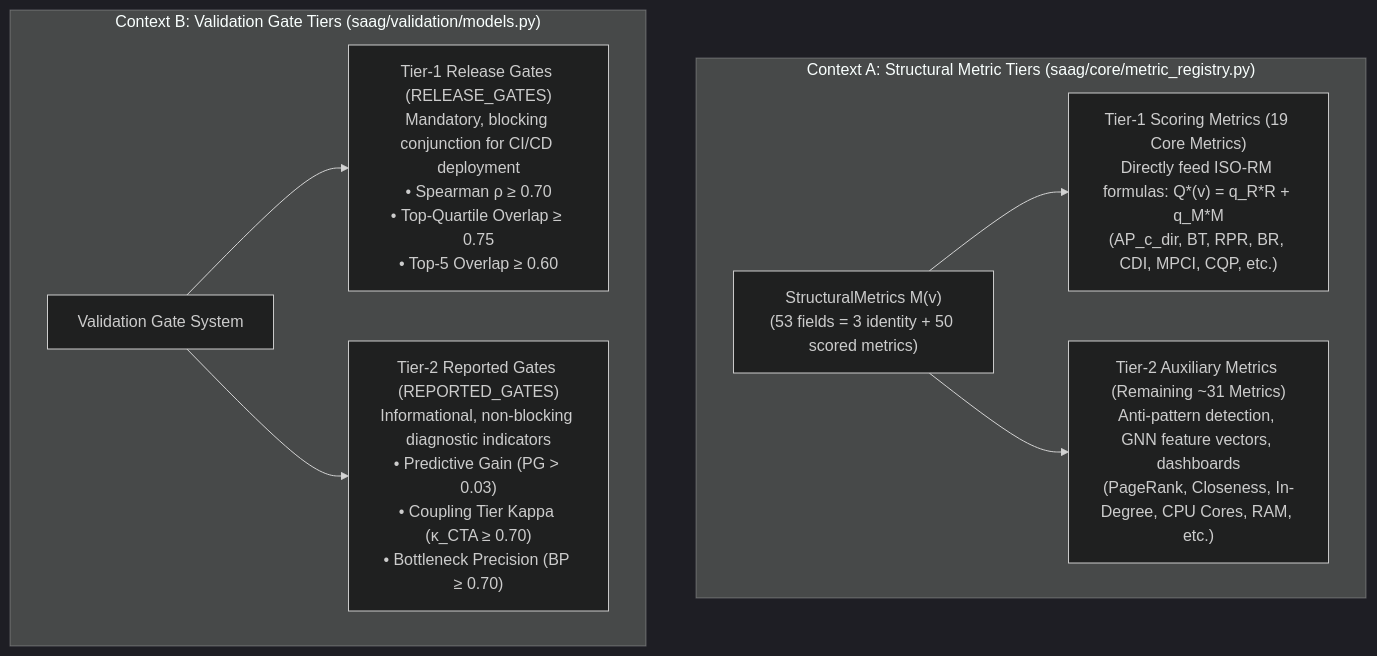
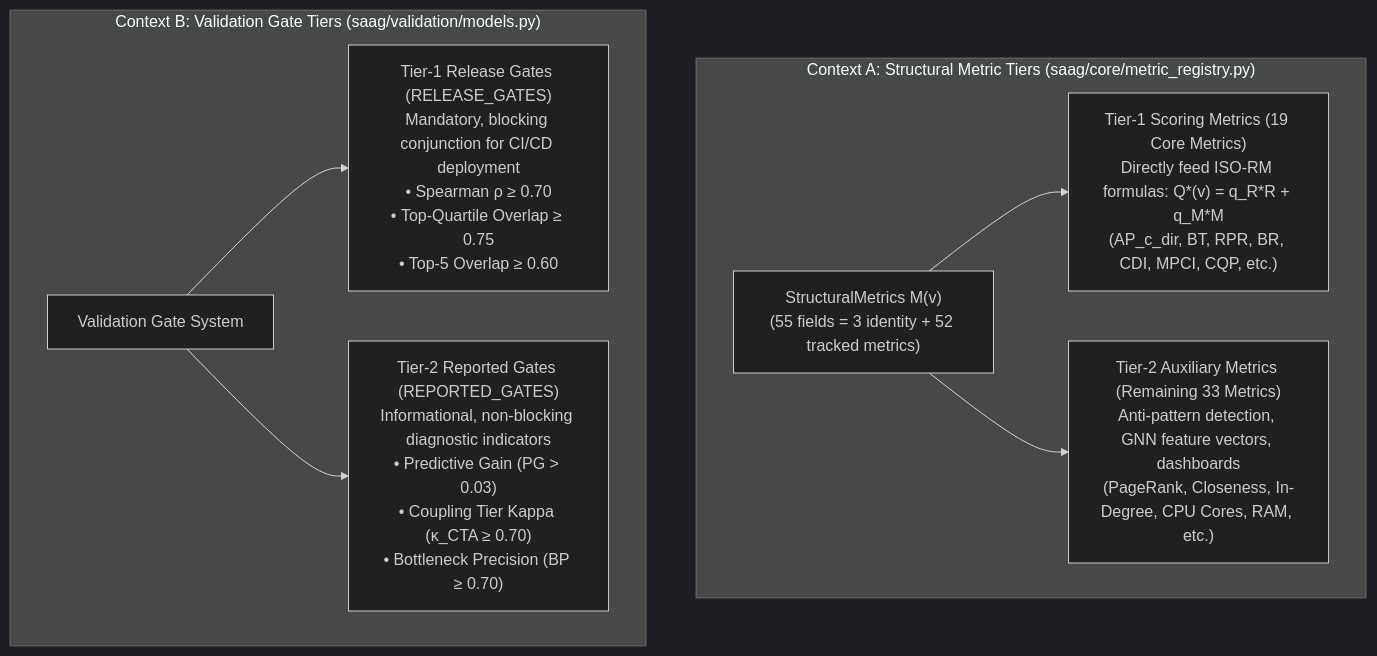
One commit to onuralpyigit/software-as-a-graph changed the first of 4 diagrams in docs/validation.md. Above: the diagram before and after it, drawn with Mermaid (dark theme). The commit also changed other lines of this file and 7 other files, not shown here.

````diff
--- a/docs/validation.md
+++ b/docs/validation.md
@@ -142,14 +142,14 @@
 ```mermaid
 graph TD
     subgraph ContextA["Context A: Structural Metric Tiers (saag/core/metric_registry.py)"]
-        M_ALL["StructuralMetrics M(v)<br>(53 fields = 3 identity + 50 scored metrics)"]
+        M_ALL["StructuralMetrics M(v)<br>(55 fields = 3 identity + 52 tracked metrics)"]
         M_ALL --> T1_M["Tier-1 Scoring Metrics (19 Core Metrics)<br>Directly feed ISO-RM formulas: Q*(v) = q_R*R + q_M*M<br>(AP_c_dir, BT, RPR, BR, CDI, MPCI, CQP, etc.)"]
-        M_ALL --> T2_M["Tier-2 Auxiliary Metrics (Remaining ~31 Metrics)<br>Anti-pattern detection, GNN feature vectors, dashboards<br>(PageRank, Closeness, In-Degree, CPU Cores, RAM, etc.)"]
+        M_ALL --> T2_M["Tier-2 Auxiliary Metrics (Remaining 33 Metrics)<br>Anti-pattern detection, GNN feature vectors, dashboards<br>(PageRank, Closeness, In-Degree, CPU Cores, RAM, etc.)"]
     end
 
     subgraph ContextB["Context B: Validation Gate Tiers (saag/validation/models.py)"]
         V_GATES["Validation Gate System"]
         V_GATES --> T1_G["Tier-1 Release Gates (RELEASE_GATES)<br>Mandatory, blocking conjunction for CI/CD deployment<br>• Spearman ρ ≥ 0.70<br>• Top-Quartile Overlap ≥ 0.75<br>• Top-5 Overlap ≥ 0.60"]
         V_GATES --> T2_G["Tier-2 Reported Gates (REPORTED_GATES)<br>Informational, non-blocking diagnostic indicators<br>• Predictive Gain (PG > 0.03)<br>• Coupling Tier Kappa (κ_CTA ≥ 0.70)<br>• Bottleneck Precision (BP ≥ 0.70)"]
     end
 ```
````
